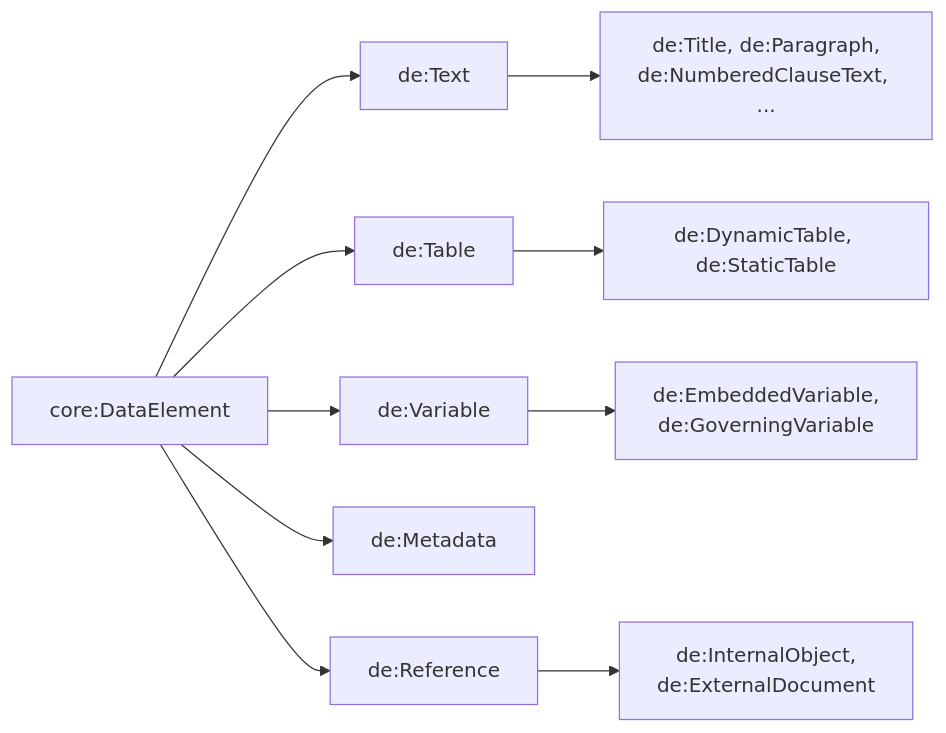
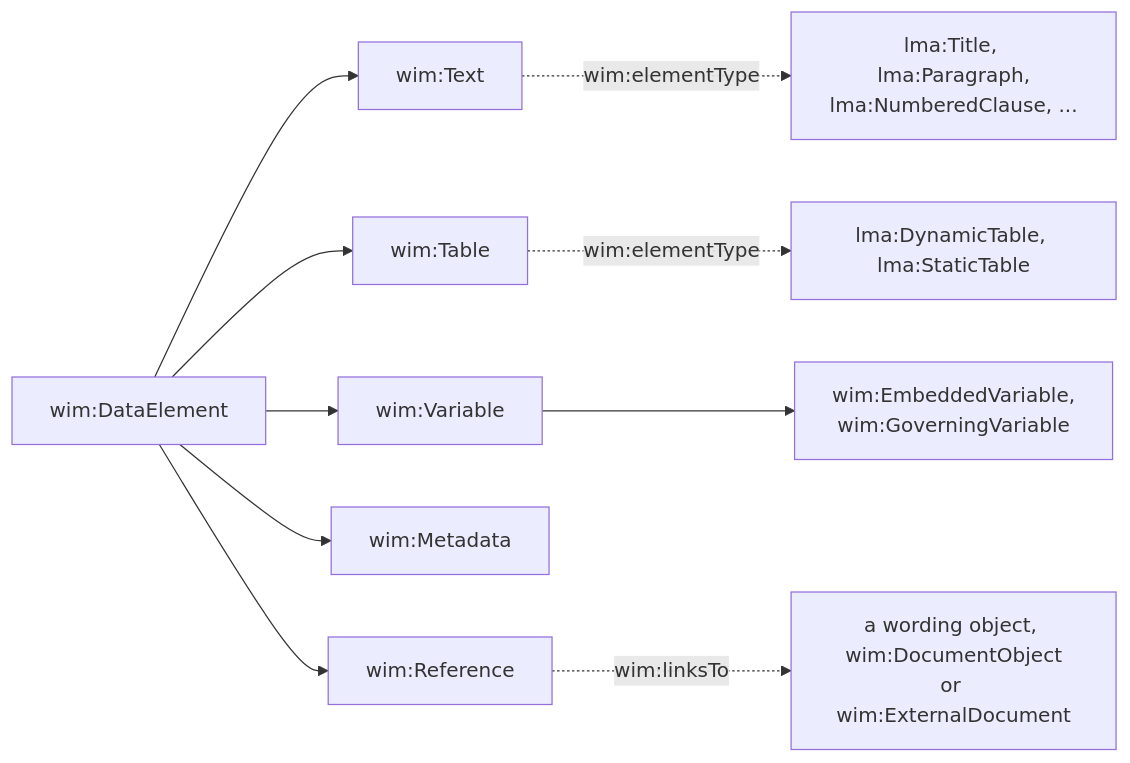
Before and after one commit to nebularis/open-cbaa: diagram 13 of 52 in docs/architecture.md, drawn with Mermaid. The commit also changed other lines of this file and 44 other files, not shown here.

````diff
--- a/docs/architecture.md
+++ b/docs/architecture.md
@@ -343,12 +344,12 @@
 ```mermaid
 flowchart LR
-    DE["core:DataElement"] --> T["de:Text"]
-    DE --> TB["de:Table"]
-    DE --> V["de:Variable"]
-    DE --> M["de:Metadata"]
-    DE --> R["de:Reference"]
-    T --> T1["de:Title, de:Paragraph,<br/>de:NumberedClauseText, ..."]
-    TB --> TB1["de:DynamicTable, de:StaticTable"]
-    V --> V1["de:EmbeddedVariable,<br/>de:GoverningVariable"]
-    R --> R1["de:InternalObject,<br/>de:ExternalDocument"]
+    DE["wim:DataElement"] --> T["wim:Text"]
+    DE --> TB["wim:Table"]
+    DE --> V["wim:Variable"]
+    DE --> M["wim:Metadata"]
+    DE --> R["wim:Reference"]
+    T -.->|"wim:elementType"| T1["lma:Title, lma:Paragraph,<br/>lma:NumberedClause, ..."]
+    TB -.->|"wim:elementType"| TB1["lma:DynamicTable, lma:StaticTable"]
+    V --> V1["wim:EmbeddedVariable,<br/>wim:GoverningVariable"]
+    R -.->|"wim:linksTo"| R1["a wording object, wim:DocumentObject<br/>or wim:ExternalDocument"]
 ```
````
